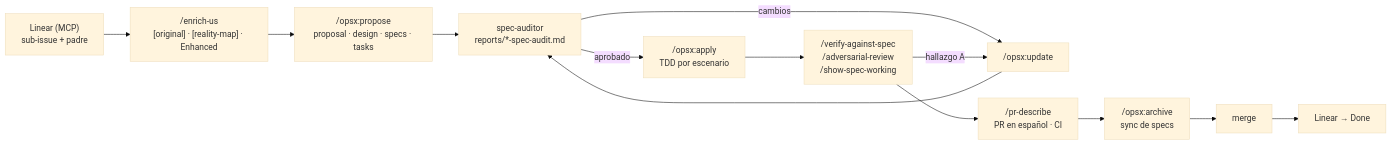
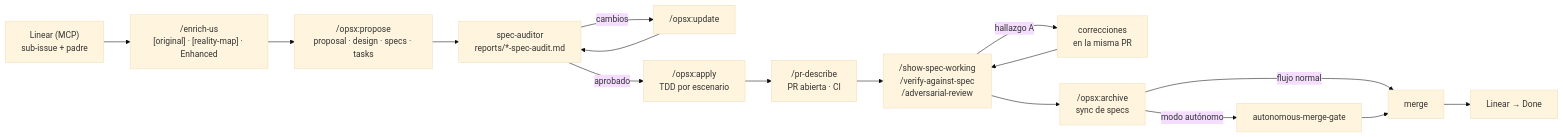
One commit to DisTinta/AI4Devs-finalproject changed the fourth of 4 diagrams in readme.md. Above: the diagram before and after it, drawn with Mermaid (base theme). The commit also changed other lines of this file and 3 other files, not shown here.

````diff
--- a/readme.md
+++ b/readme.md
@@ -1803,15 +2079,18 @@
 ```mermaid
 flowchart LR
     L["Linear (MCP)<br/>sub-issue + padre"] --> E["/enrich-us<br/>[original] · [reality-map] · Enhanced"]
     E --> P["/opsx:propose<br/>proposal · design · specs · tasks"]
     P --> SA["spec-auditor<br/>reports/*-spec-audit.md"]
     SA -- cambios --> U["/opsx:update"]
     U --> SA
     SA -- aprobado --> A["/opsx:apply<br/>TDD por escenario"]
-    A --> R["/verify-against-spec<br/>/adversarial-review<br/>/show-spec-working"]
-    R -- hallazgo A --> U
-    R --> PR["/pr-describe<br/>PR en español · CI"]
-    PR --> AR["/opsx:archive<br/>sync de specs"]
-    AR --> M["merge"]
+    A --> PR["/pr-describe<br/>PR abierta · CI"]
+    PR --> R["/show-spec-working<br/>/verify-against-spec<br/>/adversarial-review"]
+    R -- hallazgo A --> F["correcciones<br/>en la misma PR"]
+    F --> R
+    R --> AR["/opsx:archive<br/>sync de specs"]
+    AR -- flujo normal --> M["merge"]
+    AR -- modo autónomo --> G["autonomous-merge-gate"]
+    G --> M
     M --> D["Linear → Done"]
 ```
````
